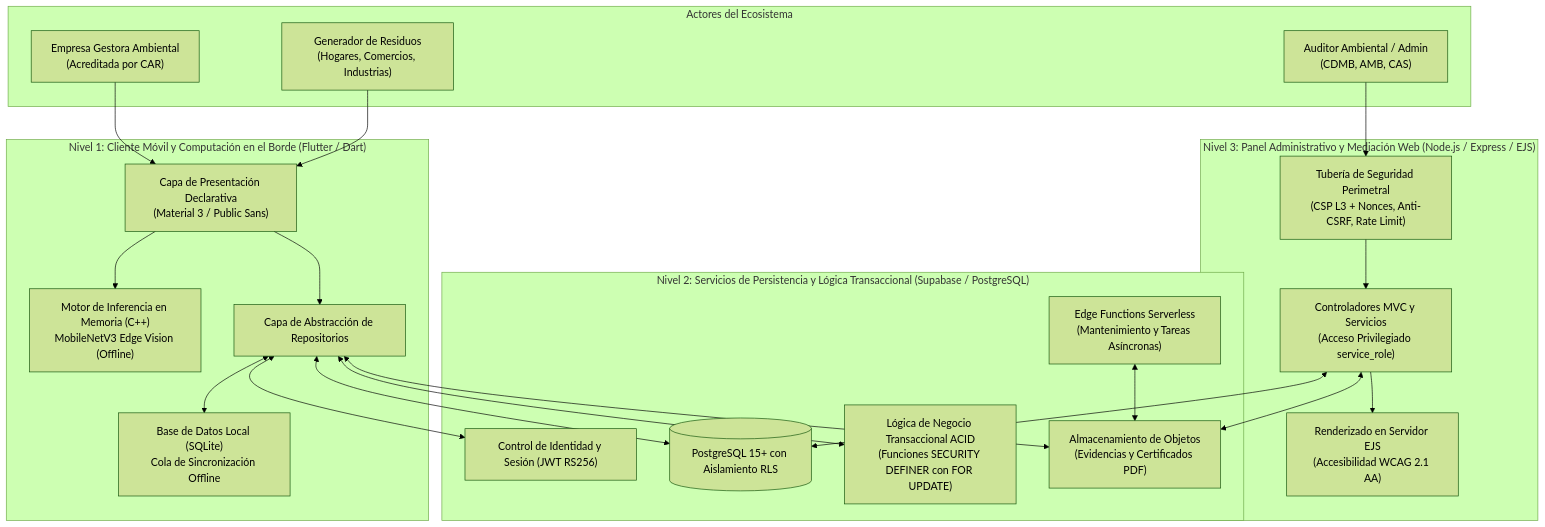
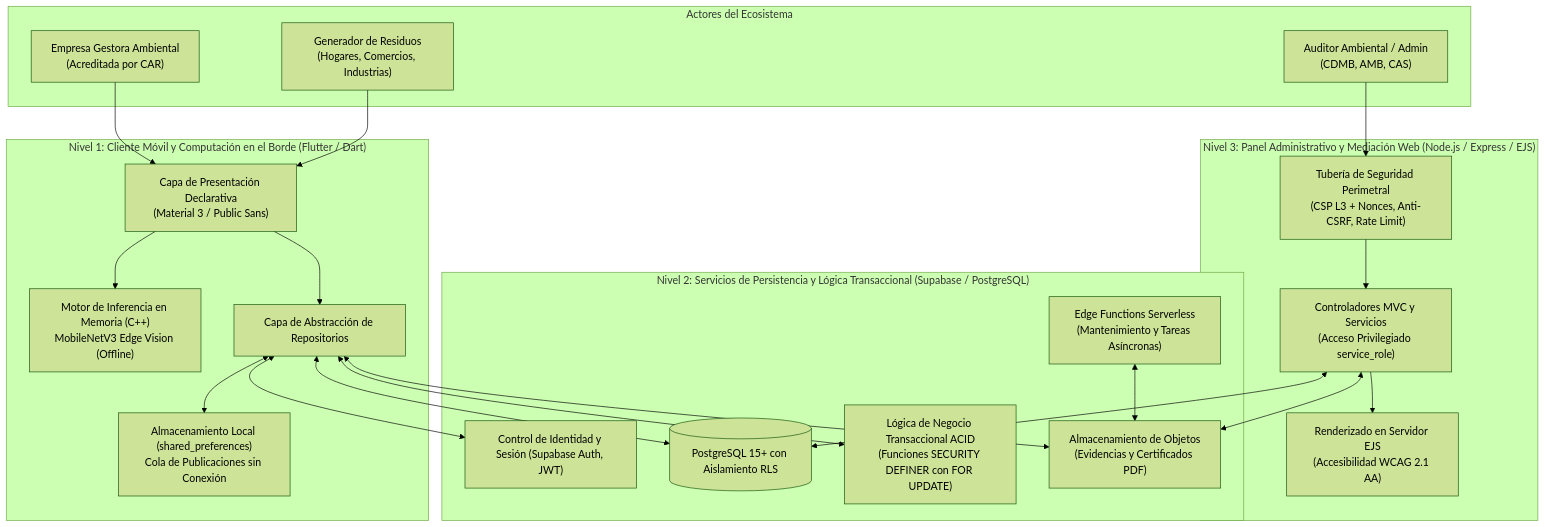
The first of 3 diagrams in README.md (C3RLOSMORENO/EcoResiduos), drawn with Mermaid (forest theme) before and after one commit. The commit also changed other lines of this file and 43 other files, not shown here.

````diff
--- a/README.md
+++ b/README.md
@@ -91,46 +91,46 @@
 ```mermaid
 flowchart TD
     subgraph Actores["Actores del Ecosistema"]
         GEN["Generador de Residuos<br/>(Hogares, Comercios, Industrias)"]
         GES["Empresa Gestora Ambiental<br/>(Acreditada por CAR)"]
         ADM["Auditor Ambiental / Admin<br/>(CDMB, AMB, CAS)"]
     end
 
     subgraph Tier1["Nivel 1: Cliente Móvil y Computación en el Borde (Flutter / Dart)"]
         UI["Capa de Presentación Declarativa<br/>(Material 3 / Public Sans)"]
         TFL["Motor de Inferencia en Memoria (C++)<br/>MobileNetV3 Edge Vision (Offline)"]
         REPO["Capa de Abstracción de Repositorios"]
-        SQLITE["Base de Datos Local (SQLite)<br/>Cola de Sincronización Offline"]
+        SQLITE["Almacenamiento Local (shared_preferences)<br/>Cola de Publicaciones sin Conexión"]
     end
 
     subgraph Tier2["Nivel 2: Servicios de Persistencia y Lógica Transaccional (Supabase / PostgreSQL)"]
-        AUTH["Control de Identidad y Sesión (JWT RS256)"]
+        AUTH["Control de Identidad y Sesión (Supabase Auth, JWT)"]
         DB[(PostgreSQL 15+ con Aislamiento RLS)]
         RPC["Lógica de Negocio Transaccional ACID<br/>(Funciones SECURITY DEFINER con FOR UPDATE)"]
         STOR["Almacenamiento de Objetos<br/>(Evidencias y Certificados PDF)"]
         EDGE["Edge Functions Serverless<br/>(Mantenimiento y Tareas Asíncronas)"]
     end
 
     subgraph Tier3["Nivel 3: Panel Administrativo y Mediación Web (Node.js / Express / EJS)"]
         PIPE["Tubería de Seguridad Perimetral<br/>(CSP L3 + Nonces, Anti-CSRF, Rate Limit)"]
         MVC["Controladores MVC y Servicios<br/>(Acceso Privilegiado service_role)"]
         SSR["Renderizado en Servidor EJS<br/>(Accesibilidad WCAG 2.1 AA)"]
     end
 
     GEN --> UI
     GES --> UI
     UI --> TFL
     UI --> REPO
     REPO <--> SQLITE
     REPO <--> AUTH
     REPO <--> DB
     REPO <--> RPC
     REPO <--> STOR
 
     ADM --> PIPE
     PIPE --> MVC
     MVC --> SSR
     MVC <--> DB
     MVC <--> STOR
     EDGE <--> STOR
 ```
````
